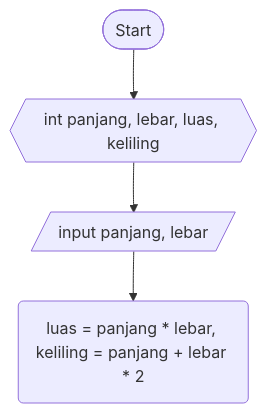
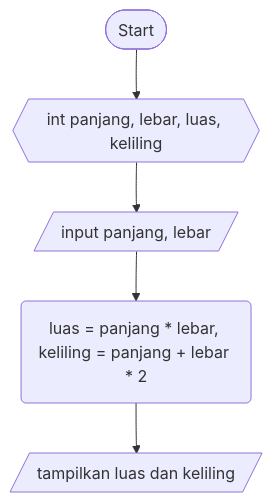
Before and after one commit to SATRIODIANNUGROHO/Latihan4_27_SatrioDianNugroho: the diagram in PersegiPanjang.md, drawn with Mermaid.

````diff
--- a/PersegiPanjang.md
+++ b/PersegiPanjang.md
@@ -13,6 +13,7 @@
 ```mermaid
 graph TD;
     A([Start])-->B{{int panjang, lebar, luas, keliling}};
     B{{int panjang, lebar, luas, keliling}}-->C[/input panjang, lebar/];
     C[/input panjang, lebar/]-->D(luas = panjang * lebar, keliling = panjang + lebar * 2);
+    D(luas = panjang * lebar, keliling = panjang + lebar * 2)-->E[/tampilkan luas dan keliling/]
 ```
````
